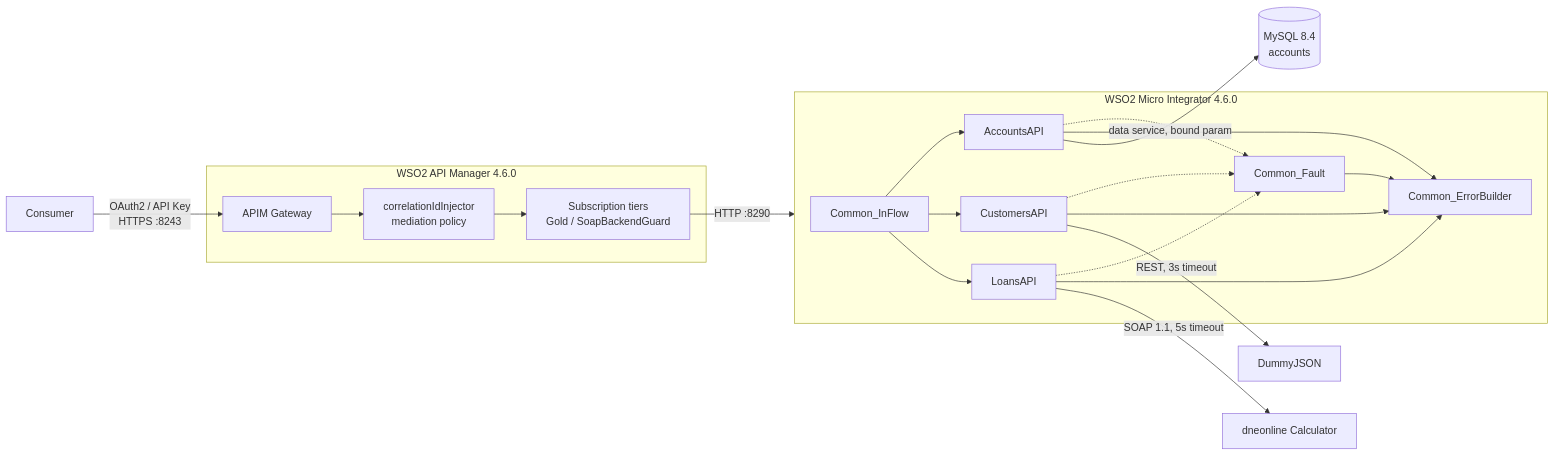
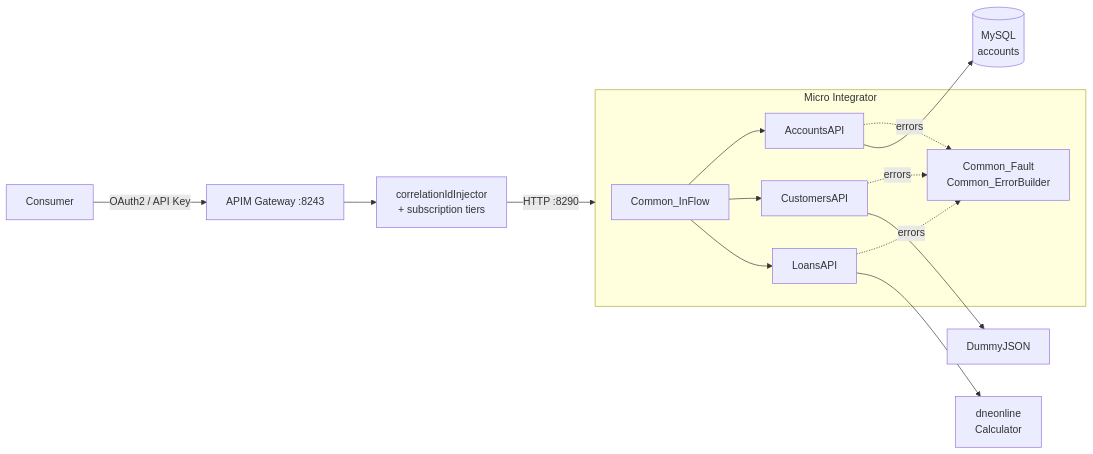
The diagram in README.md (NephatMutugi/jamii-savings-wso2-integration), drawn with Mermaid before and after one commit. The commit also changed other lines of this file and 5 other files, not shown here.

````diff
--- a/README.md
+++ b/README.md
@@ -134,28 +15,17 @@
 ```mermaid
 flowchart LR
-    C[Consumer] -->|OAuth2 / API Key<br/>HTTPS :8243| GW[APIM Gateway]
+    C[Consumer] -->|OAuth2 / API Key| GW[APIM Gateway :8243]
+    GW --> POL[correlationIdInjector<br/>+ subscription tiers]
+    POL -->|HTTP :8290| MI
 
-    subgraph APIM["WSO2 API Manager 4.6.0"]
-        GW --> POL[correlationIdInjector<br/>mediation policy]
-        POL --> THR[Subscription tiers<br/>Gold / SoapBackendGuard]
-    end
-
-    THR -->|HTTP :8290| MI
-
-    subgraph MI["WSO2 Micro Integrator 4.6.0"]
+    subgraph MI["Micro Integrator"]
         IN[Common_InFlow] --> A[AccountsAPI]
         IN --> B[CustomersAPI]
         IN --> L[LoansAPI]
-        A -.-> F[Common_Fault]
-        B -.-> F
-        L -.-> F
-        F --> EB[Common_ErrorBuilder]
-        A --> EB
-        B --> EB
-        L --> EB
+        A & B & L -.->|errors| EB[Common_Fault<br/>Common_ErrorBuilder]
     end
 
-    A -->|data service, bound param| DB[(MySQL 8.4<br/>accounts)]
-    B -->|REST, 3s timeout| REST[DummyJSON]
-    L -->|SOAP 1.1, 5s timeout| SOAP[dneonline Calculator]
+    A --> DB[(MySQL<br/>accounts)]
+    B --> REST[DummyJSON]
+    L --> SOAP[dneonline<br/>Calculator]
 ```
````
